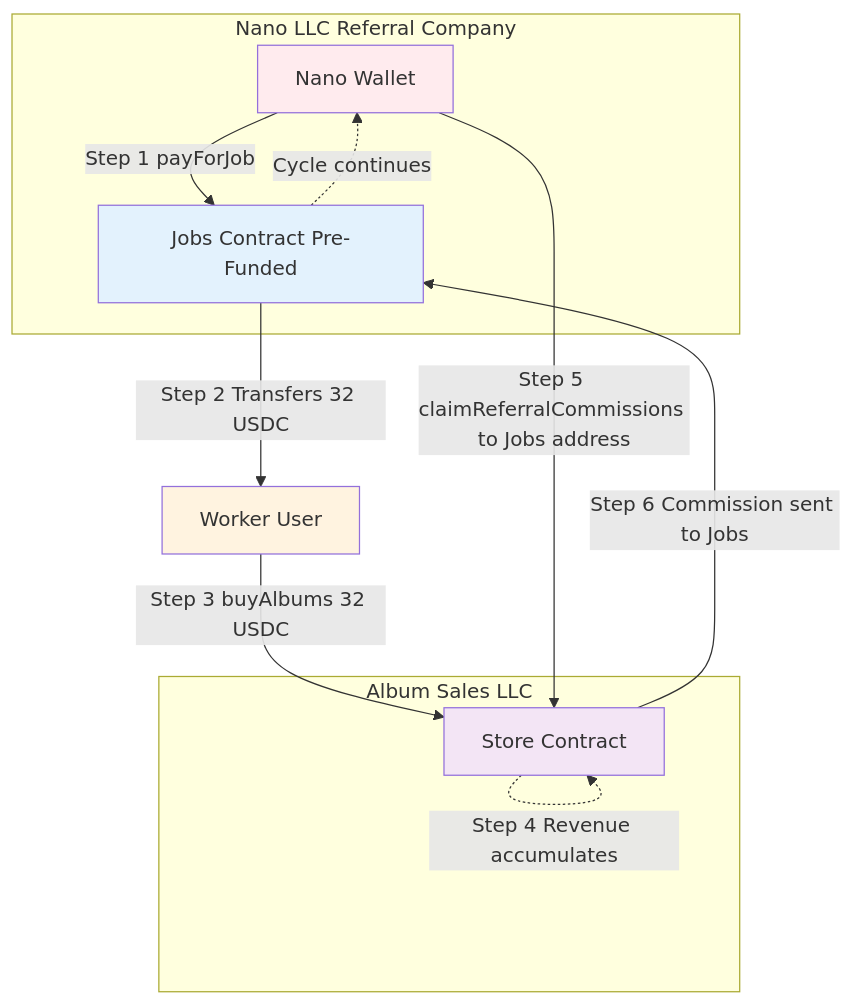
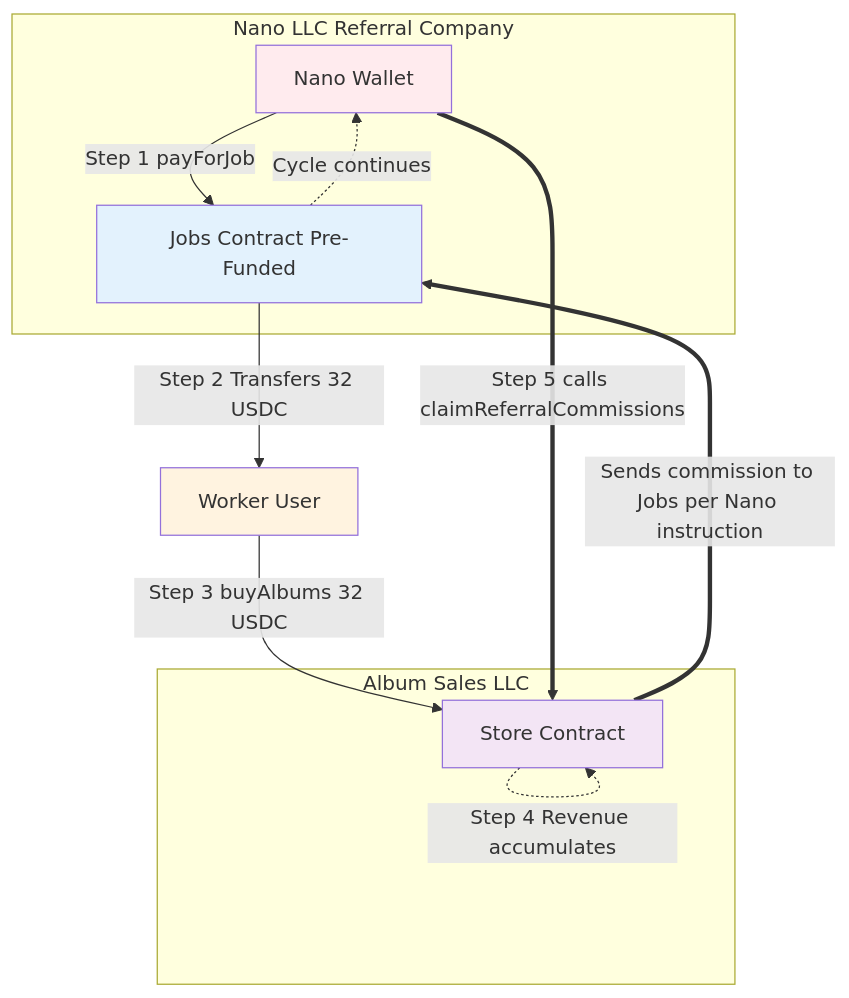
One commit to rowhq/hitmachine changed the diagram in SIMPLE_FLOW.md. Above: the diagram before and after it, drawn with Mermaid.

Commit message:
fix: Clarify that Nano directs commission transfer in single action
- Step 5: Nano calls claimReferralCommissions specifying Jobs as destination
- Store sends directly to Jobs per Nano's instruction (not a separate step)
- Used double arrows to show this is a directed transfer
- This accurately reflects how the smart contract method works

````diff
--- a/SIMPLE_FLOW.md
+++ b/SIMPLE_FLOW.md
@@ -19,26 +19,26 @@
 ```mermaid
 flowchart TB
     subgraph NanoCompany[Nano LLC Referral Company]
         NanoWallet[Nano Wallet]
         JobsContract[Jobs Contract Pre-Funded]
     end
     
     subgraph AlbumCompany[Album Sales LLC]
         StoreContract[Store Contract]
     end
     
     Worker[Worker User]
     
     NanoWallet -->|Step 1 payForJob| JobsContract
     JobsContract -->|Step 2 Transfers 32 USDC| Worker
     Worker -->|Step 3 buyAlbums 32 USDC| StoreContract
     StoreContract -.->|Step 4 Revenue accumulates| StoreContract
-    NanoWallet -->|Step 5 claimReferralCommissions to Jobs address| StoreContract
-    StoreContract -->|Step 6 Commission sent to Jobs| JobsContract
+    NanoWallet ==>|Step 5 calls claimReferralCommissions| StoreContract
+    StoreContract ==>|Sends commission to Jobs per Nano instruction| JobsContract
     JobsContract -.->|Cycle continues| NanoWallet
     
     style NanoWallet fill:#ffebee
     style JobsContract fill:#e3f2fd
     style Worker fill:#fff3e0
     style StoreContract fill:#f3e5f5
 ```
````
